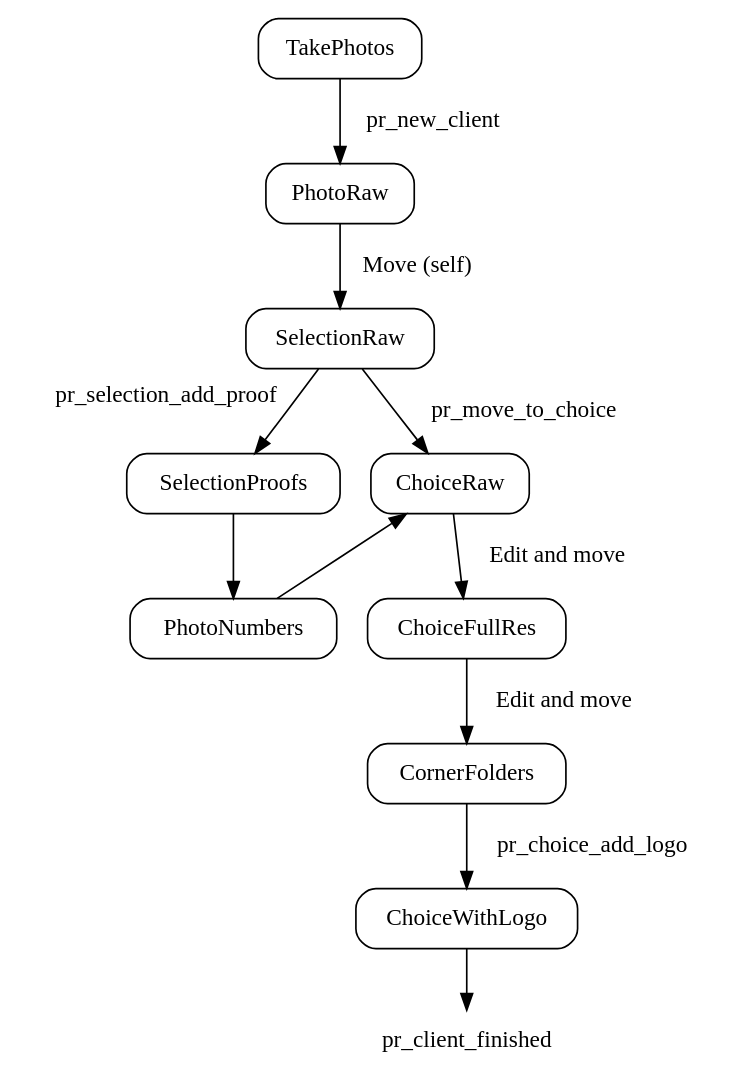
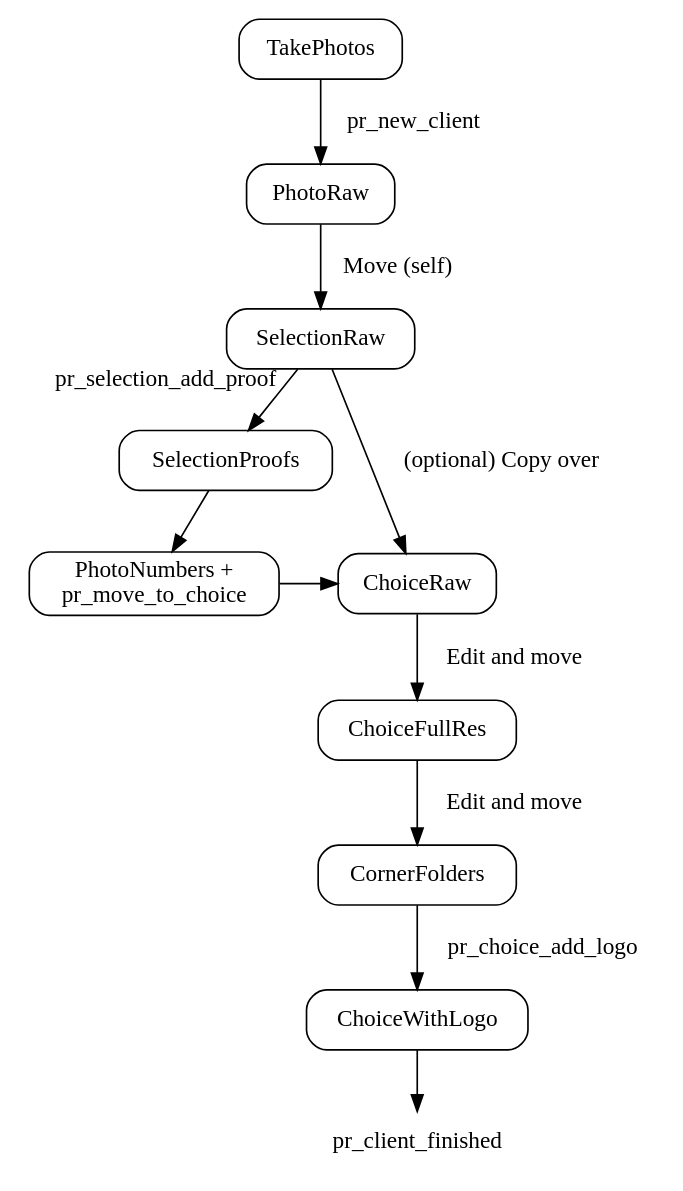
One commit to lwjohnst86/pr-project changed the diagram in workflow.gv. Above: the diagram before and after it, drawn with Graphviz. The commit also changed 1 other file, not shown here.

```diff
--- a/workflow.gv
+++ b/workflow.gv
@@ -1,21 +1,22 @@
 digraph {
     graph [overlap = compress]
     node [style = rounded, shape = box]
 
     TakePhotos -> PhotoRaw [label = "  pr_new_client"]
     PhotoRaw -> SelectionRaw [label = "  Move (self)"]
-    SelectionRaw -> SelectionProofs [headlabel = "  pr_selection_add_proof", labeldistance = 6.5, labelangle = 95]
+    SelectionRaw -> SelectionProofs [headlabel = "  pr_selection_add_proof", labeldistance = 6, labelangle = 98]
     {
         rank = same;
-        SelectionProofs ChoiceRaw
+        PhotoNumbers [label = "PhotoNumbers +\npr_move_to_choice"]
+        ChoiceRaw
     }
 
     SelectionProofs -> PhotoNumbers
     PhotoNumbers -> ChoiceRaw [splines = curve]
-    SelectionRaw -> ChoiceRaw [label = "  pr_move_to_choice"]
+    SelectionRaw -> ChoiceRaw [label = "(optional) Copy over"]
     ChoiceRaw -> ChoiceFullRes -> CornerFolders [label = "  Edit and move"]
     CornerFolders -> ChoiceWithLogo [label = "  pr_choice_add_logo"]
     pr_client_finished [shape = none]
     ChoiceWithLogo -> pr_client_finished
 
 }
```
